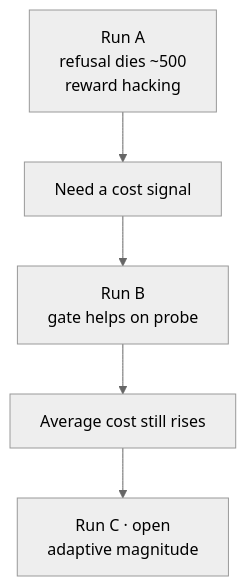
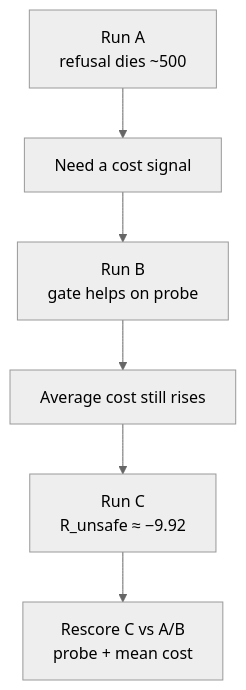
The diagram in docs/worklog/10-claims.md (wendymaboa/Safe-RL-MinMax), drawn with Mermaid (neutral theme) before and after one commit. The commit also changed other lines of this file and 14 other files, not shown here.

````diff
--- a/docs/worklog/10-claims.md
+++ b/docs/worklog/10-claims.md
@@ -29,7 +34,8 @@
 ```mermaid
 flowchart TB
-  A[Run A<br/>refusal dies ~500<br/>reward hacking] --> Need[Need a cost signal]
+  A[Run A<br/>refusal dies ~500] --> Need[Need a cost signal]
   Need --> B[Run B<br/>gate helps on probe]
   B --> Drift[Average cost still rises]
-  Drift --> C[Run C · open<br/>adaptive magnitude]
+  Drift --> C[Run C<br/>R_unsafe ≈ −9.92]
+  C --> Open[Rescore C vs A/B<br/>probe + mean cost]
 ```
````
